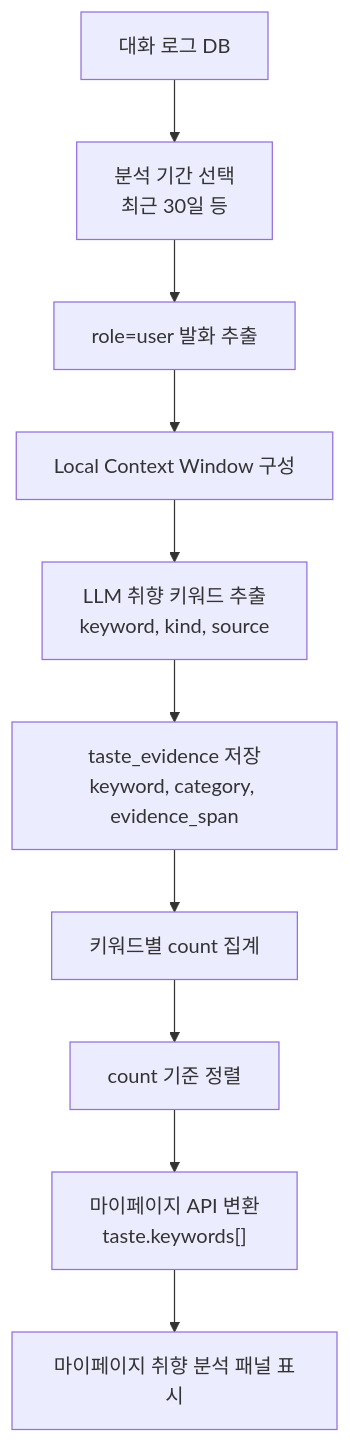
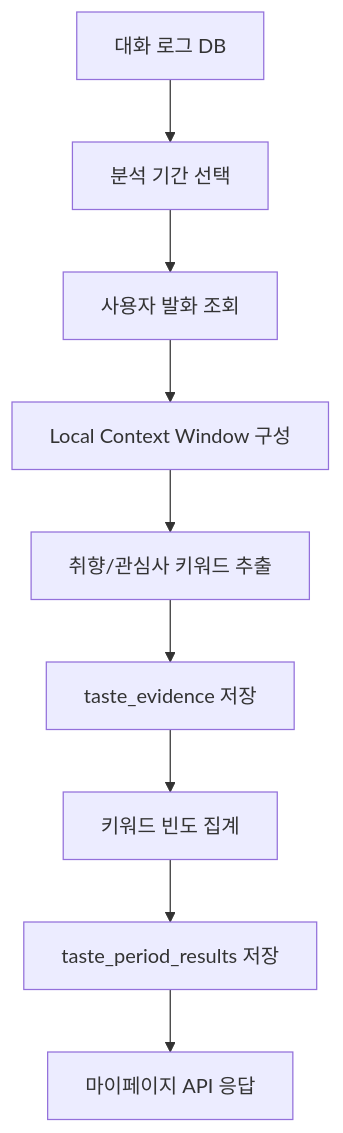
The sixth of 7 diagrams in docs/한재웅/MBTI_성향추정_프로세스_흐름_보고서_현실권장구조_최종개편본.md (SKNETWORKS-FAMILY-AICAMP/SKN27-FINAL-4Team), drawn with Mermaid before and after one commit. The commit also changed other lines of this file, not shown here.

Commit message:
문서(분석기능만 있는 프로세스 흐름도 및 시퀀스 다이어그램)  반영

````diff
--- a/docs/한재웅/MBTI_성향추정_프로세스_흐름_보고서_현실권장구조_최종개편본.md
+++ b/docs/한재웅/MBTI_성향추정_프로세스_흐름_보고서_현실권장구조_최종개편본.md
@@ -510,12 +284,11 @@
 ```mermaid
 flowchart TD
-    A["대화 로그 DB"] --> B["분석 기간 선택\n최근 30일 등"]
-    B --> C["role=user 발화 추출"]
+    A["대화 로그 DB"] --> B["분석 기간 선택"]
+    B --> C["사용자 발화 조회"]
     C --> D["Local Context Window 구성"]
-    D --> E["LLM 취향 키워드 추출\nkeyword, kind, source"]
-    E --> F["taste_evidence 저장\nkeyword, category, evidence_span"]
-    F --> G["키워드별 count 집계"]
-    G --> H["count 기준 정렬"]
-    H --> I["마이페이지 API 변환\ntaste.keywords[]"]
-    I --> J["마이페이지 취향 분석 패널 표시"]
+    D --> E["취향/관심사 키워드 추출"]
+    E --> F["taste_evidence 저장"]
+    F --> G["키워드 빈도 집계"]
+    G --> H["taste_period_results 저장"]
+    H --> I["마이페이지 API 응답"]
 ```
````
